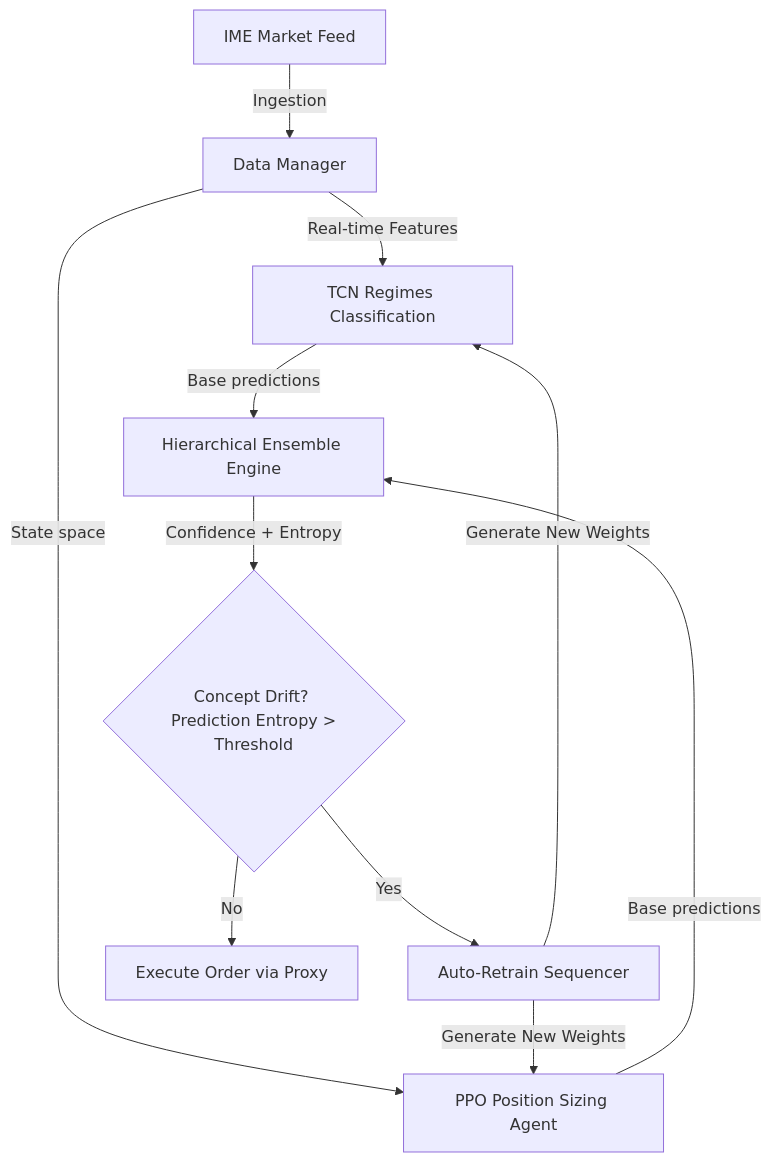
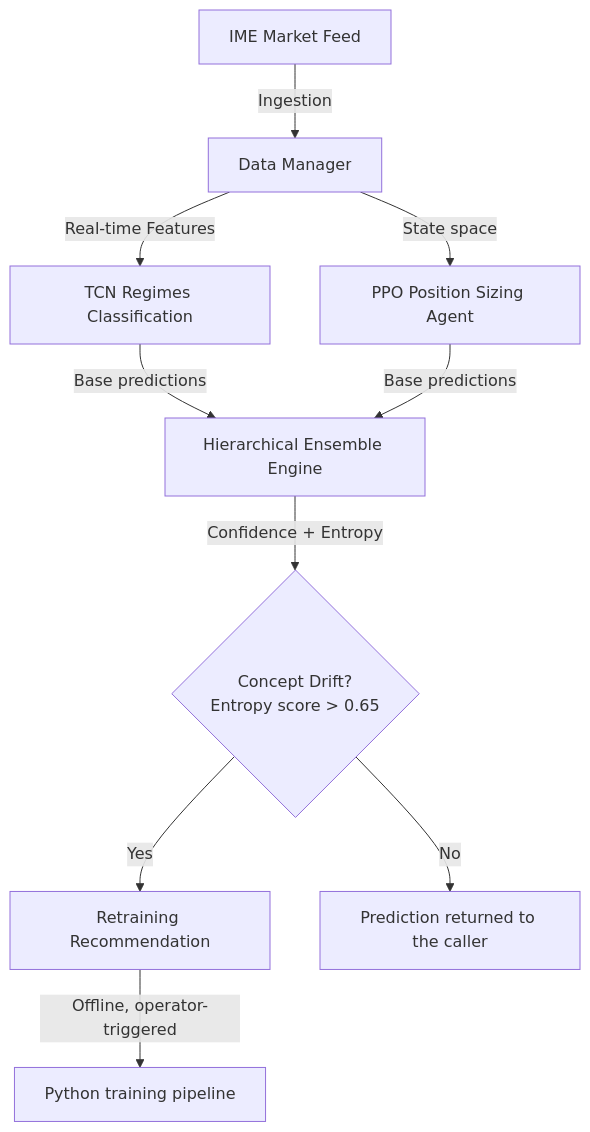
One commit to amir-hdri/Intelligences-Trader changed the diagram in robot trader/server/README.md. Above: the diagram before and after it, drawn with Mermaid. The commit also changed other lines of this file and 48 other files, not shown here.

````diff
--- a/robot trader/server/README.md
+++ b/robot trader/server/README.md
@@ -61,11 +69,11 @@
 ```mermaid
 graph TD
     Data[IME Market Feed] -->|Ingestion| DM[Data Manager]
     DM -->|Real-time Features| TCN[TCN Regimes Classification]
     DM -->|State space| PPO[PPO Position Sizing Agent]
     TCN & PPO -->|Base predictions| EE[Hierarchical Ensemble Engine]
-    EE -->|Confidence + Entropy| Drift{Concept Drift? <br> Prediction Entropy > Threshold}
-    Drift -->|Yes| Retrain[Auto-Retrain Sequencer]
-    Drift -->|No| Trade[Execute Order via Proxy]
-    Retrain -->|Generate New Weights| TCN & PPO
+    EE -->|Confidence + Entropy| Drift{Concept Drift? <br> Entropy score > 0.65}
+    Drift -->|Yes| Rec[Retraining Recommendation]
+    Drift -->|No| Signal[Prediction returned to the caller]
+    Rec -->|Offline, operator-triggered| Train[Python training pipeline]
 ```
````
